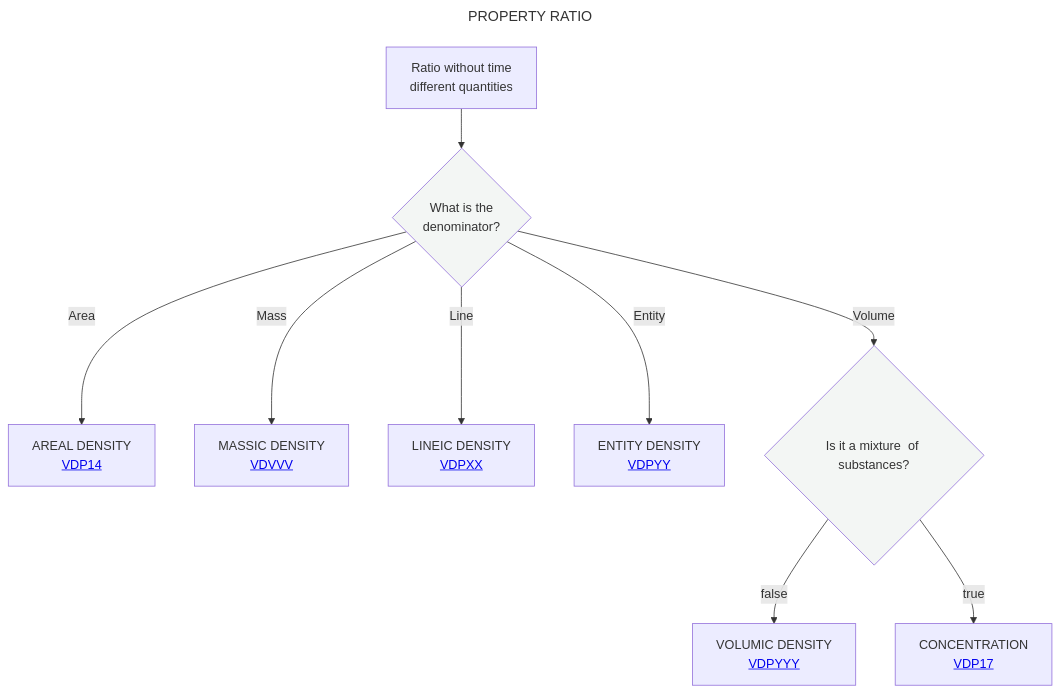
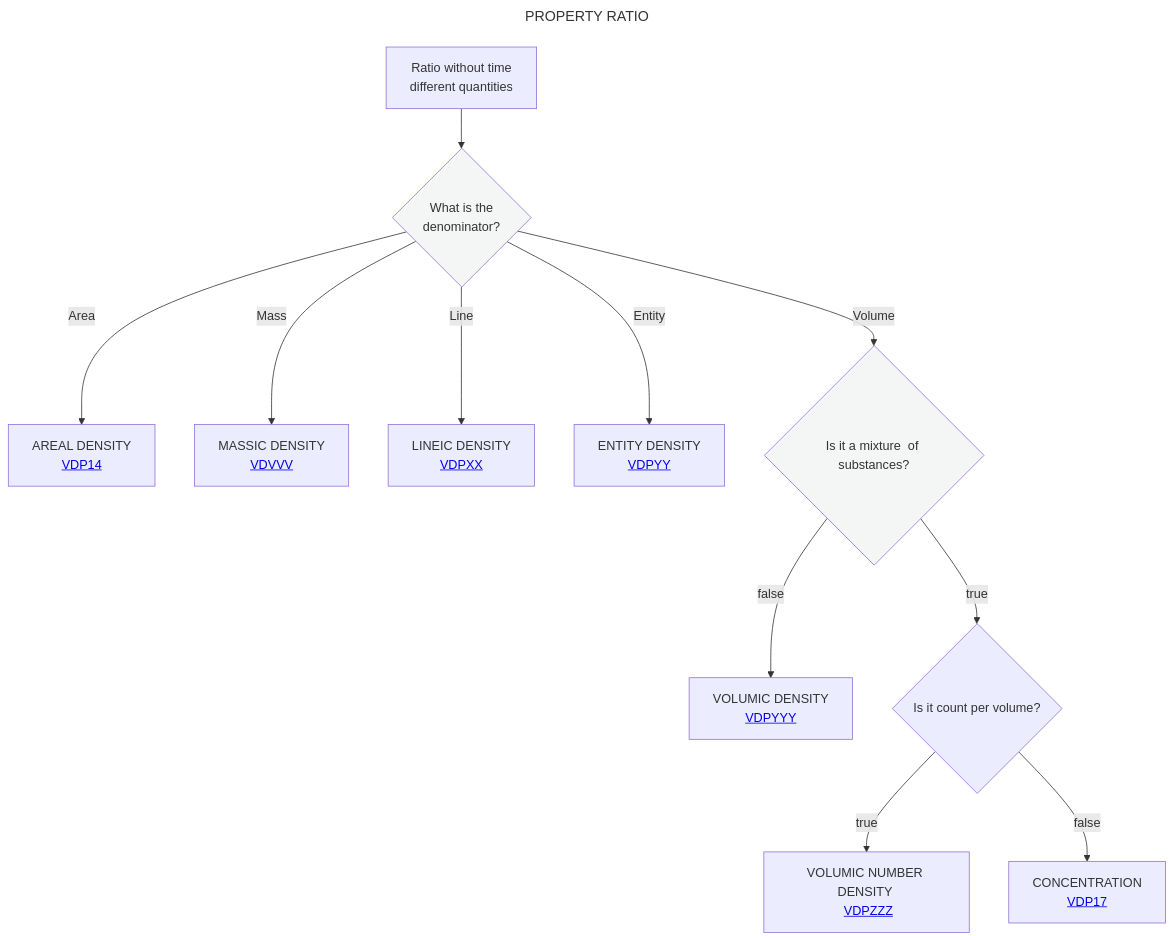
Before and after one commit to mabablue/I-ADOPT-patterns-playground: the diagram in Decisition_trees/DT4.mmd, drawn with Mermaid.

```diff
--- a/Decisition_trees/DT4.mmd
+++ b/Decisition_trees/DT4.mmd
@@ -1,16 +1,18 @@
 ---
 title: PROPERTY RATIO
 ---
 flowchart TD
     A[Ratio without time <br> different quantities] --> B{What is the <br> denominator?}:::white
     B -- Area -->C[AREAL DENSITY <br> <a href='https://github.com/mabablue/I-ADOPT-patterns-playground/blob/main/pattern/VDP14.yaml'>VDP14</a>]
     B -- Mass -->E[MASSIC DENSITY <br> <a href='https://github.com/mabablue/I-ADOPT-patterns-playground/blob/main/pattern/VDP14.yaml'>VDVVV</a>]
     B -- Line -->D[LINEIC DENSITY <br> <a href='https://github.com/mabablue/I-ADOPT-patterns-playground/blob/main/pattern/VDPXX.yaml'>VDPXX</a>]
     B -- Entity -->F[ENTITY DENSITY <br> <a href='https://github.com/mabablue/I-ADOPT-patterns-playground/blob/main/pattern/VDPXX.yaml'>VDPYY</a>]
     B -- Volume -->G{Is it a mixture <be> of substances?}:::white
     G --> |false|H[VOLUMIC DENSITY <br> <a href='https://github.com/mabablue/I-ADOPT-patterns-playground/blob/main/pattern/VDP20.yaml'>VDPYYY</a>]
-    G--> |true|I[CONCENTRATION <br> <a href='https://github.com/mabablue/I-ADOPT-patterns-playground/blob/main/pattern/VDP17.yaml'>VDP17</a>]
+    G--> |true|I{Is it count per volume?}
+    I --> |true|L[VOLUMIC NUMBER DENSITY <br> <a href='https://github.com/mabablue/I-ADOPT-patterns-playground/blob/main/pattern/VDP17.yaml'>VDPZZZ</a>]
+    I --> |false|M[CONCENTRATION <br> <a href='https://github.com/mabablue/I-ADOPT-patterns-playground/blob/main/pattern/VDP17.yaml'>VDP17</a>]
    classDef blue fill:#90D5FF
    classDef satblue fill:#57B9FF 
    classDef white fill:#f3f6f4
    classDef green fill:#6aa84f
```
